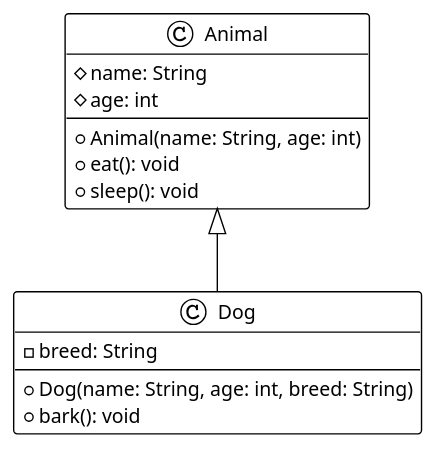
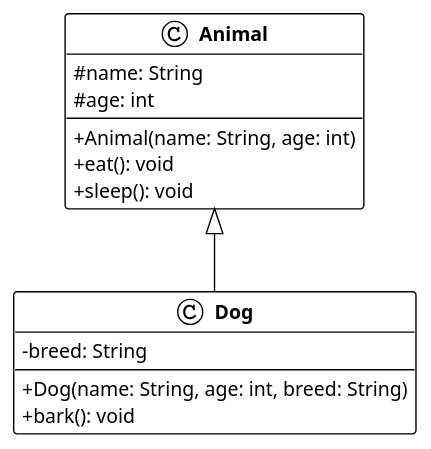
One commit to heig-vd-progim-course/heig-vd-progim2-course changed the diagram in 01-contenus-du-cours/05-programmation-orientee-objet-encapsulation-et-heritage/images/animal-dog.puml. Above: the diagram before and after it, drawn with PlantUML. The commit also changed 89 other files, not shown here.

Commit message:
Enhance UML diagrams for vehicles without inheritance

```diff
--- a/01-contenus-du-cours/05-programmation-orientee-objet-encapsulation-et-heritage/images/animal-dog.puml
+++ b/01-contenus-du-cours/05-programmation-orientee-objet-encapsulation-et-heritage/images/animal-dog.puml
@@ -1,22 +1,27 @@
-@startuml
+@startuml animal-dog
 !theme plain
+
+skinparam classAttributeIconSize 0
+skinparam classFontStyle bold
 
 class Animal {
   # name: String
   # age: int
   --
   + Animal(name: String, age: int)
   + eat(): void
   + sleep(): void
 }
 
 class Dog {
   - breed: String
   --
   + Dog(name: String, age: int, breed: String)
   + bark(): void
 }
 
 Animal <|-- Dog
 
+
+
 @enduml
```
